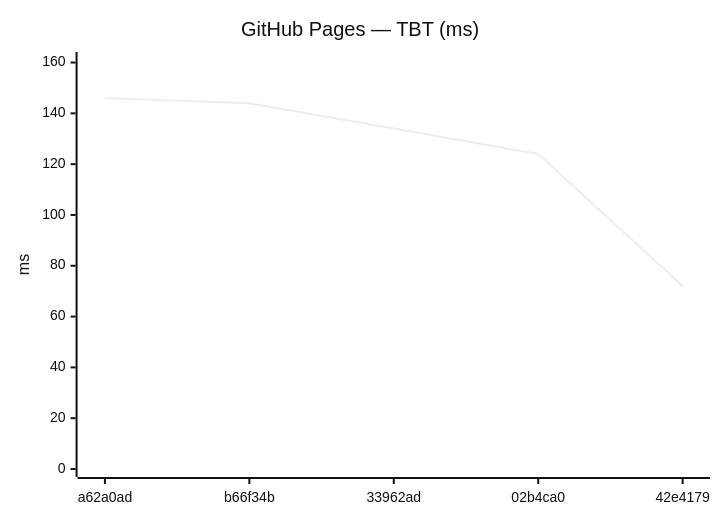
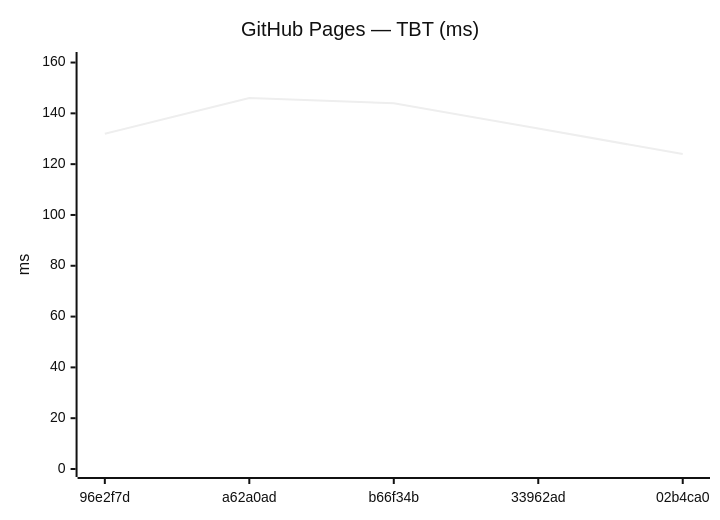
One commit to Metaheurist/Rianell changed the tenth of 18 diagrams in benchmarks/compare.md. Above: the diagram before and after it, drawn with Mermaid (neutral theme). The commit also changed other lines of this file and 11 other files, not shown here.

````diff
--- a/benchmarks/compare.md
+++ b/benchmarks/compare.md
@@ -149,7 +149,7 @@
 ```mermaid
 xychart-beta
     title "GitHub Pages — TBT (ms)"
-    x-axis ["a62a0ad", "b66f34b", "33962ad", "02b4ca0", "42e4179"]
+    x-axis ["96e2f7d", "a62a0ad", "b66f34b", "33962ad", "02b4ca0"]
     y-axis "ms" 0 --> 161
-    line [146, 144, 134, 124, 72]
+    line [132, 146, 144, 134, 124]
 ```
````
